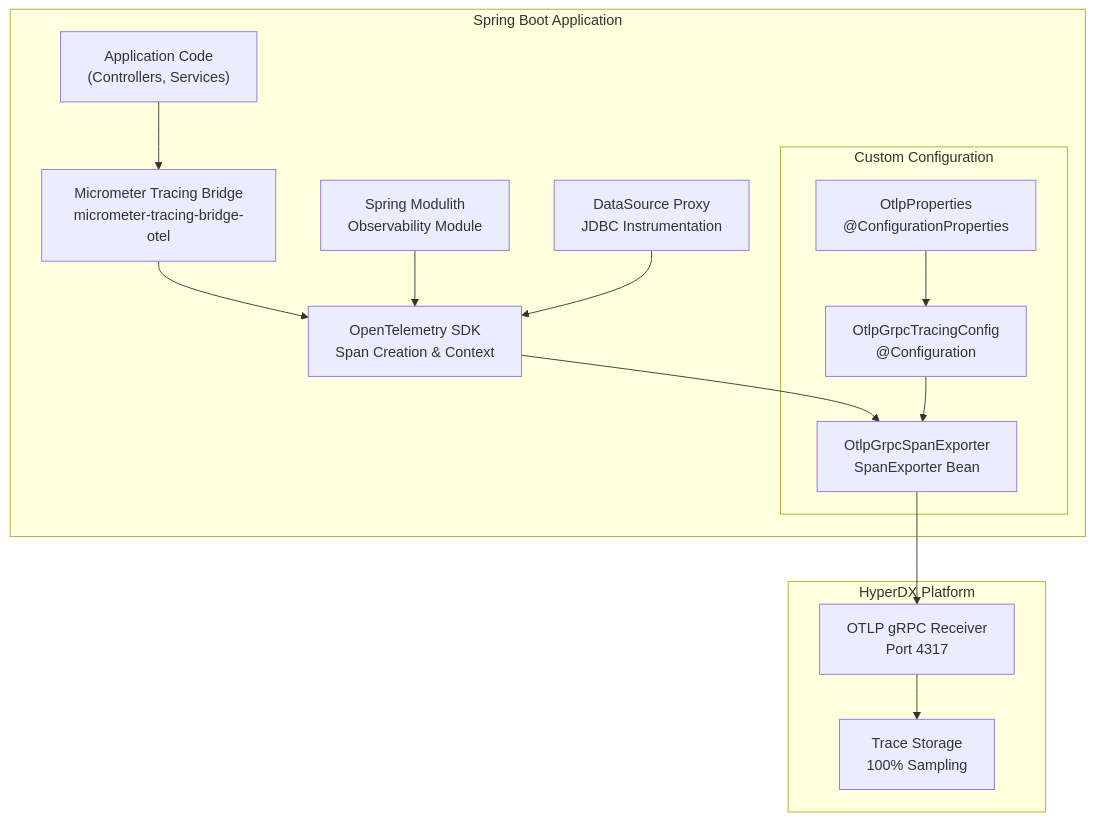
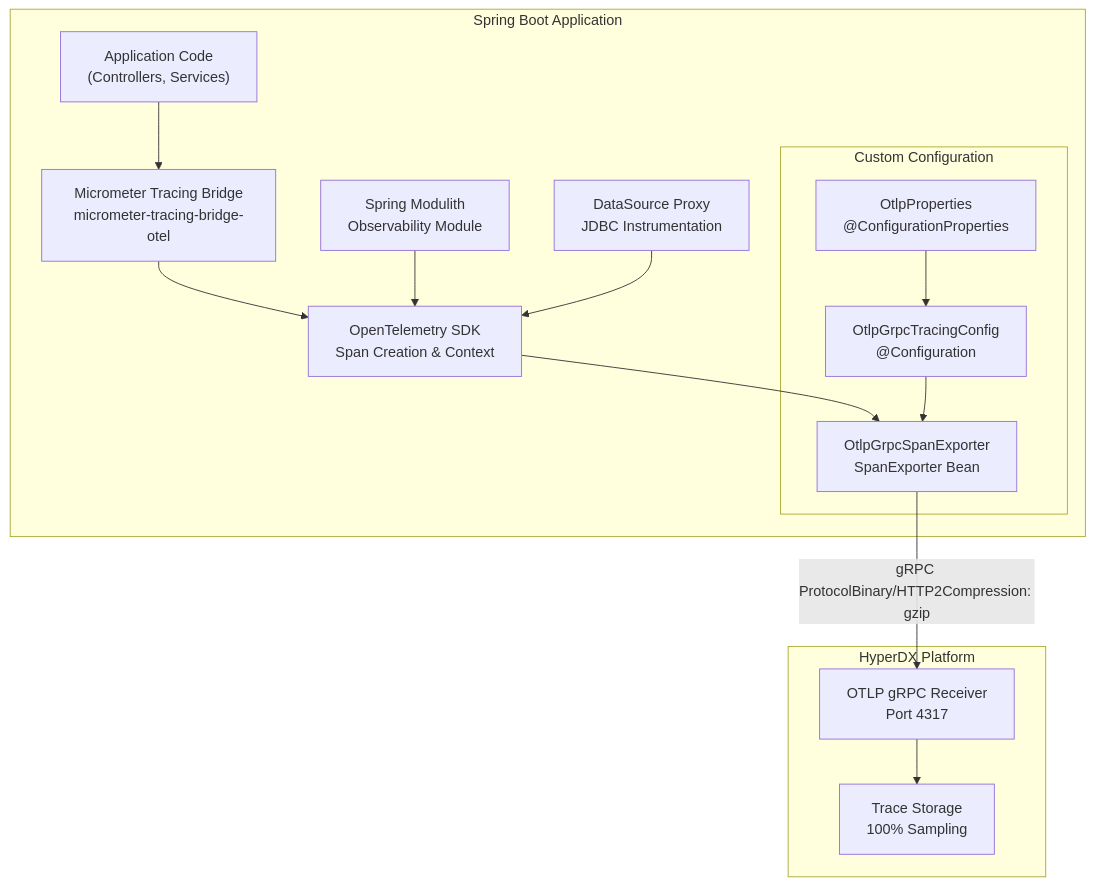
Before and after one commit to philipz/spring-modular-monolith: the first of 4 diagrams in docs/deepwiki/OpenTelemetry-Configuration.md, drawn with Mermaid. The commit also changed 55 other files, not shown here.

````diff
--- a/docs/deepwiki/OpenTelemetry-Configuration.md
+++ b/docs/deepwiki/OpenTelemetry-Configuration.md
@@ -39,43 +39,43 @@
 ```mermaid
 flowchart TD
 
 AppCode["Application Code<br>(Controllers, Services)"]
 MicrometerTracing["Micrometer Tracing Bridge<br>micrometer-tracing-bridge-otel"]
 OTelSDK["OpenTelemetry SDK<br>Span Creation & Context"]
 SpringModulith["Spring Modulith<br>Observability Module"]
 DataSourceProxy["DataSource Proxy<br>JDBC Instrumentation"]
 OtlpProperties["OtlpProperties<br>@ConfigurationProperties"]
 OtlpGrpcTracingConfig["OtlpGrpcTracingConfig<br>@Configuration"]
 OtlpGrpcSpanExporter["OtlpGrpcSpanExporter<br>SpanExporter Bean"]
 OTLPReceiver["OTLP gRPC Receiver<br>Port 4317"]
 TraceStorage["Trace Storage<br>100% Sampling"]
 
-OtlpGrpcSpanExporter --> OTLPReceiver
+OtlpGrpcSpanExporter -->|"gRPC ProtocolBinary/HTTP2Compression: gzip"| OTLPReceiver
 
 subgraph subGraph2 ["HyperDX Platform"]
     OTLPReceiver
     TraceStorage
     OTLPReceiver --> TraceStorage
 end
 
 subgraph subGraph1 ["Spring Boot Application"]
     AppCode
     MicrometerTracing
     OTelSDK
     SpringModulith
     DataSourceProxy
     AppCode --> MicrometerTracing
     MicrometerTracing --> OTelSDK
     SpringModulith --> OTelSDK
     DataSourceProxy --> OTelSDK
     OTelSDK --> OtlpGrpcSpanExporter
 
 subgraph subGraph0 ["Custom Configuration"]
     OtlpProperties
     OtlpGrpcTracingConfig
     OtlpGrpcSpanExporter
     OtlpProperties --> OtlpGrpcTracingConfig
     OtlpGrpcTracingConfig --> OtlpGrpcSpanExporter
 end
 end
 ```
````
